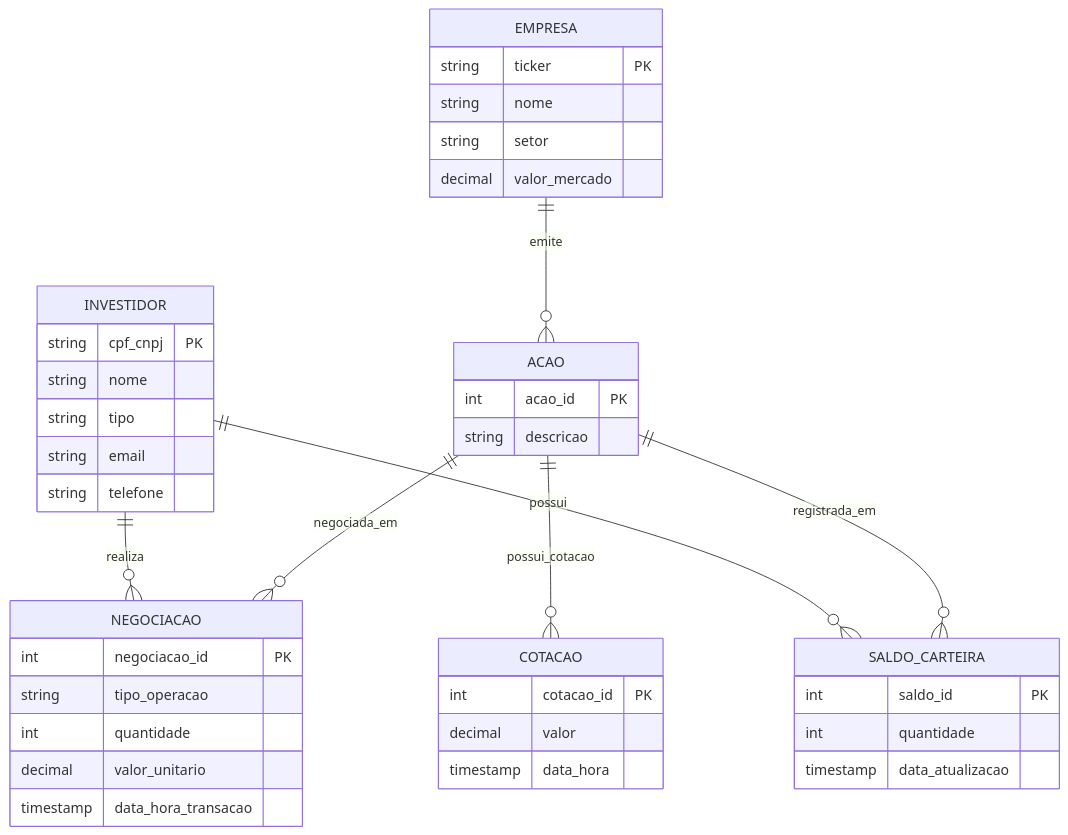
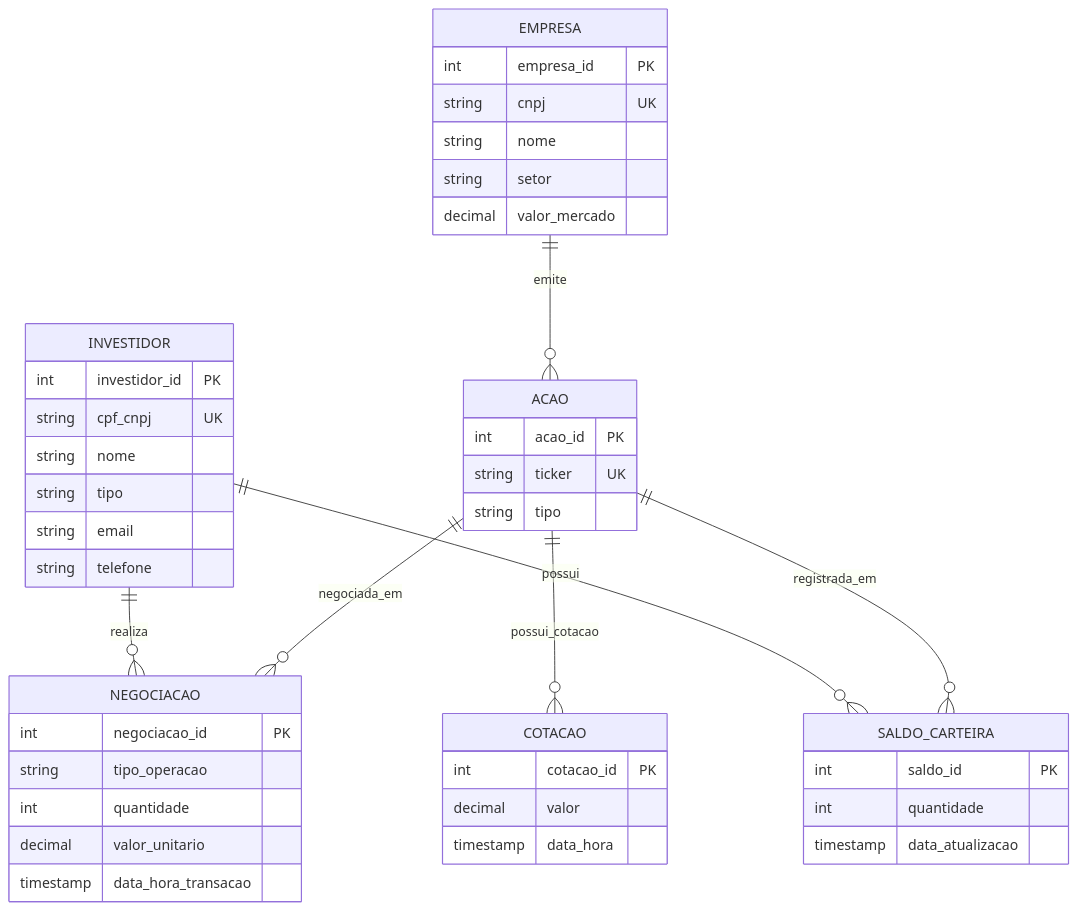
The diagram in README.md (fegarbo/tdp-bolsa), drawn with Mermaid before and after one commit. The commit also changed other lines of this file and 1 other file, not shown here.

````diff
--- a/README.md
+++ b/README.md
@@ -41,51 +41,54 @@
 ```mermaid
 erDiagram
     INVESTIDOR ||--o{ NEGOCIACAO : realiza
     INVESTIDOR ||--o{ SALDO_CARTEIRA : possui
 
     EMPRESA ||--o{ ACAO : emite
 
     ACAO ||--o{ NEGOCIACAO : negociada_em
     ACAO ||--o{ COTACAO : possui_cotacao
     ACAO ||--o{ SALDO_CARTEIRA : registrada_em
 
     INVESTIDOR {
-        string cpf_cnpj PK
+        int investidor_id PK
+        string cpf_cnpj UK
         string nome
         string tipo
         string email
         string telefone
     }
 
     EMPRESA {
-        string ticker PK
+        int empresa_id PK
+        string cnpj UK
         string nome
         string setor
         decimal valor_mercado
     }
 
     ACAO {
         int acao_id PK
-        string descricao
+        string ticker UK
+        string tipo
     }
 
     NEGOCIACAO {
         int negociacao_id PK
         string tipo_operacao
         int quantidade
         decimal valor_unitario
         timestamp data_hora_transacao
     }
 
     COTACAO {
         int cotacao_id PK
         decimal valor
         timestamp data_hora
     }
 
     SALDO_CARTEIRA {
         int saldo_id PK
         int quantidade
         timestamp data_atualizacao
     }
 ```
````
